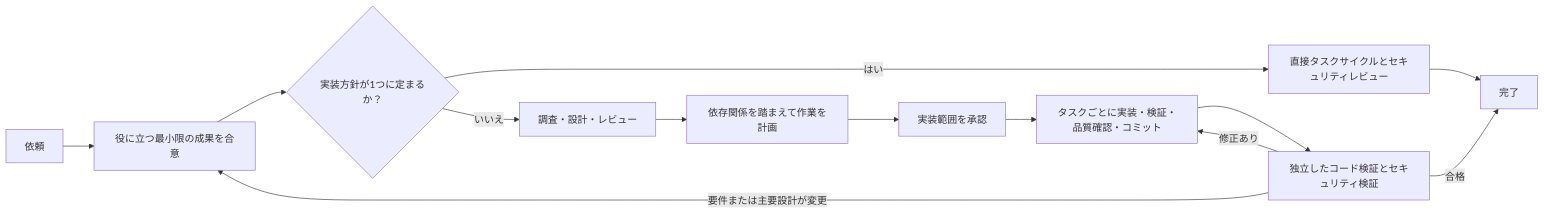
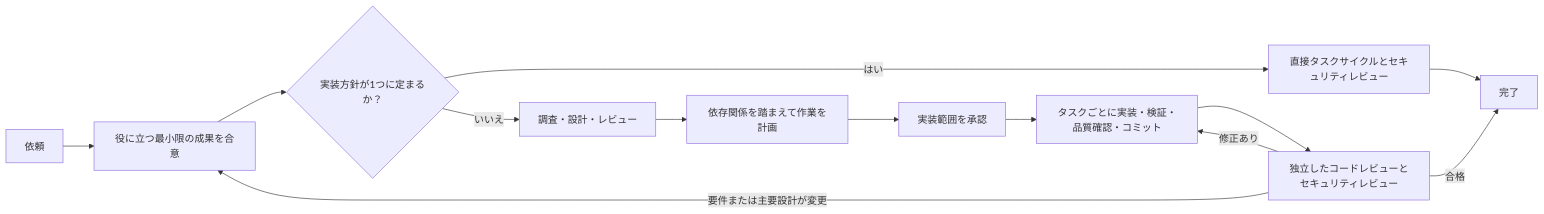
The diagram in README.ja.md (shinpr/codex-workflows), drawn with Mermaid before and after one commit. The commit also changed other lines of this file and 5 other files, not shown here.

````diff
--- a/README.ja.md
+++ b/README.ja.md
@@ -81,15 +82,15 @@
 ```mermaid
 flowchart LR
     A[依頼] --> B[役に立つ最小限の成果を合意]
     B --> C{実装方針が1つに定まるか？}
     C -->|はい| S[直接タスクサイクルとセキュリティレビュー]
     S --> L[完了]
     C -->|いいえ| D[調査・設計・レビュー]
     D --> E[依存関係を踏まえて作業を計画]
     E --> F[実装範囲を承認]
     F --> H[タスクごとに実装・検証・品質確認・コミット]
-    H --> K[独立したコード検証とセキュリティ検証]
+    H --> K[独立したコードレビューとセキュリティレビュー]
     K -->|修正あり| H
     K -->|要件または主要設計が変更| B
     K -->|合格| L[完了]
 ```
````
